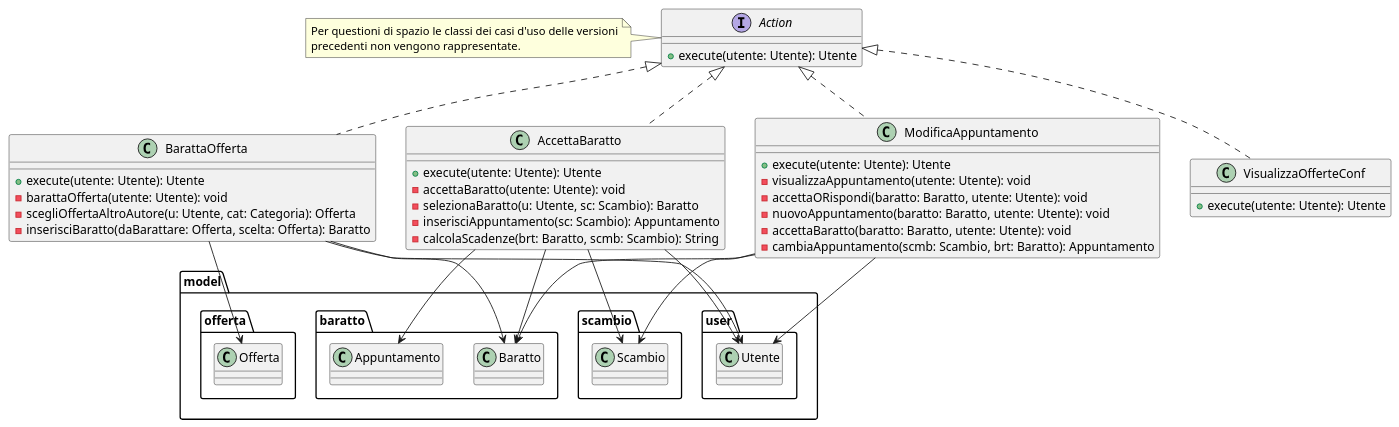
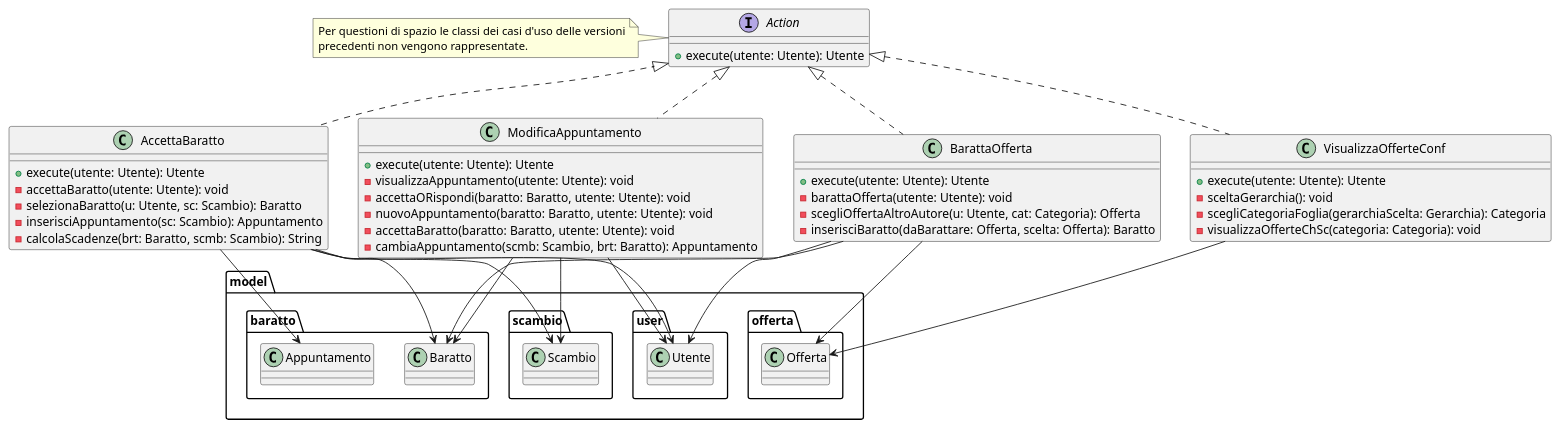
The diagram in Documentation/Ver4/controller.puml (bernagit/IngegneriaSoftware), drawn with PlantUML before and after one commit. The commit also changed 2 other files, not shown here.

```diff
--- a/Documentation/Ver4/controller.puml
+++ b/Documentation/Ver4/controller.puml
@@ -1,57 +1,61 @@
 @startuml controller
 
 interface Action{
     +execute(utente: Utente): Utente
 }
 
 note left of Action
     Per questioni di spazio le classi dei casi d'uso delle versioni
     precedenti non vengono rappresentate.
 endnote
 
 class AccettaBaratto implements Action{
     +execute(utente: Utente): Utente
     -accettaBaratto(utente: Utente): void
     -selezionaBaratto(u: Utente, sc: Scambio): Baratto
     -inserisciAppuntamento(sc: Scambio): Appuntamento
     -calcolaScadenze(brt: Baratto, scmb: Scambio): String
 }
 
 
 class BarattaOfferta implements Action{
     +execute(utente: Utente): Utente
     -barattaOfferta(utente: Utente): void
     -scegliOffertaAltroAutore(u: Utente, cat: Categoria): Offerta
     -inserisciBaratto(daBarattare: Offerta, scelta: Offerta): Baratto
 }
 
 
 class ModificaAppuntamento implements Action{
     +execute(utente: Utente): Utente
     -visualizzaAppuntamento(utente: Utente): void
     -accettaORispondi(baratto: Baratto, utente: Utente): void
     -nuovoAppuntamento(baratto: Baratto, utente: Utente): void
     -accettaBaratto(baratto: Baratto, utente: Utente): void
     -cambiaAppuntamento(scmb: Scambio, brt: Baratto): Appuntamento
 }
 
 class VisualizzaOfferteConf implements Action{
     +execute(utente: Utente): Utente
+    -sceltaGerarchia(): void
+    -scegliCategoriaFoglia(gerarchiaScelta: Gerarchia): Categoria
+    -visualizzaOfferteChSc(categoria: Categoria): void
 }
 
 
 AccettaBaratto --> model.user.Utente
 AccettaBaratto --> model.scambio.Scambio
 AccettaBaratto --> model.baratto.Baratto
 AccettaBaratto --> model.baratto.Appuntamento
 BarattaOfferta --> model.user.Utente
 BarattaOfferta --> model.offerta.Offerta
 BarattaOfferta --> model.baratto.Baratto
 ModificaAppuntamento --> model.user.Utente
 ModificaAppuntamento --> model.baratto.Baratto
 ModificaAppuntamento --> model.scambio.Scambio
+VisualizzaOfferteConf --> model.offerta.Offerta
 
 
 
 
 @enduml
```
